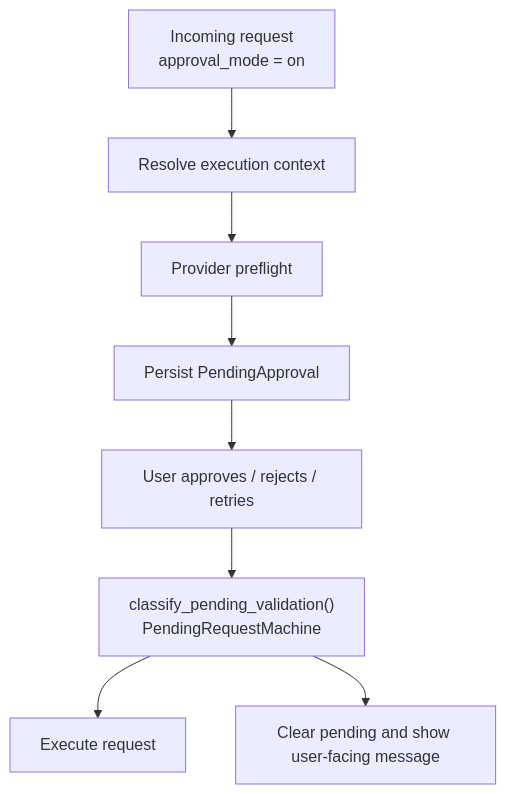
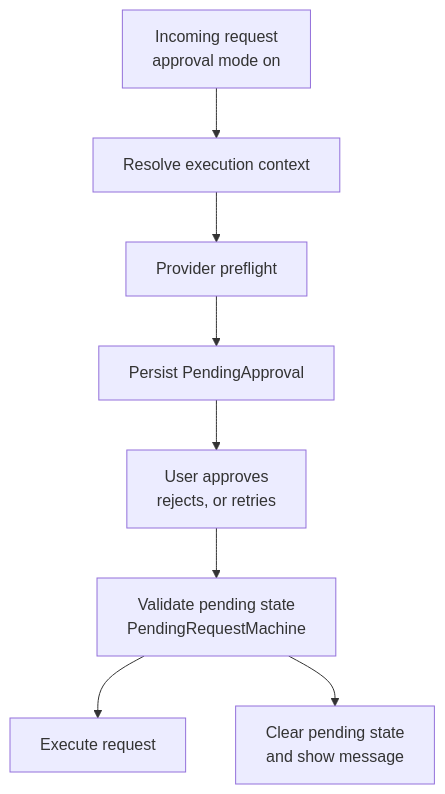
Before and after one commit to privacynow/octopus: the fourth of 8 diagrams in docs/ARCHITECTURE.md, drawn with Mermaid. The commit also changed other lines of this file, not shown here.

Commit message:
Simplify architecture language and diagrams

````diff
--- a/docs/ARCHITECTURE.md
+++ b/docs/ARCHITECTURE.md
@@ -479,15 +501,15 @@
 ```mermaid
 flowchart TD
-    M["Incoming request<br/>approval_mode = on"]
+    M["Incoming request<br/>approval mode on"]
     C["Resolve execution context"]
     PF["Provider preflight"]
     PA["Persist PendingApproval"]
-    UX["User approves / rejects / retries"]
-    V["classify_pending_validation()<br/>PendingRequestMachine"]
+    UX["User approves<br/>rejects, or retries"]
+    V["Validate pending state<br/>PendingRequestMachine"]
     EX["Execute request"]
-    CL["Clear pending and show user-facing message"]
+    CL["Clear pending state<br/>and show message"]
 
     M --> C --> PF --> PA --> UX --> V
     V --> EX
     V --> CL
 ```
````
